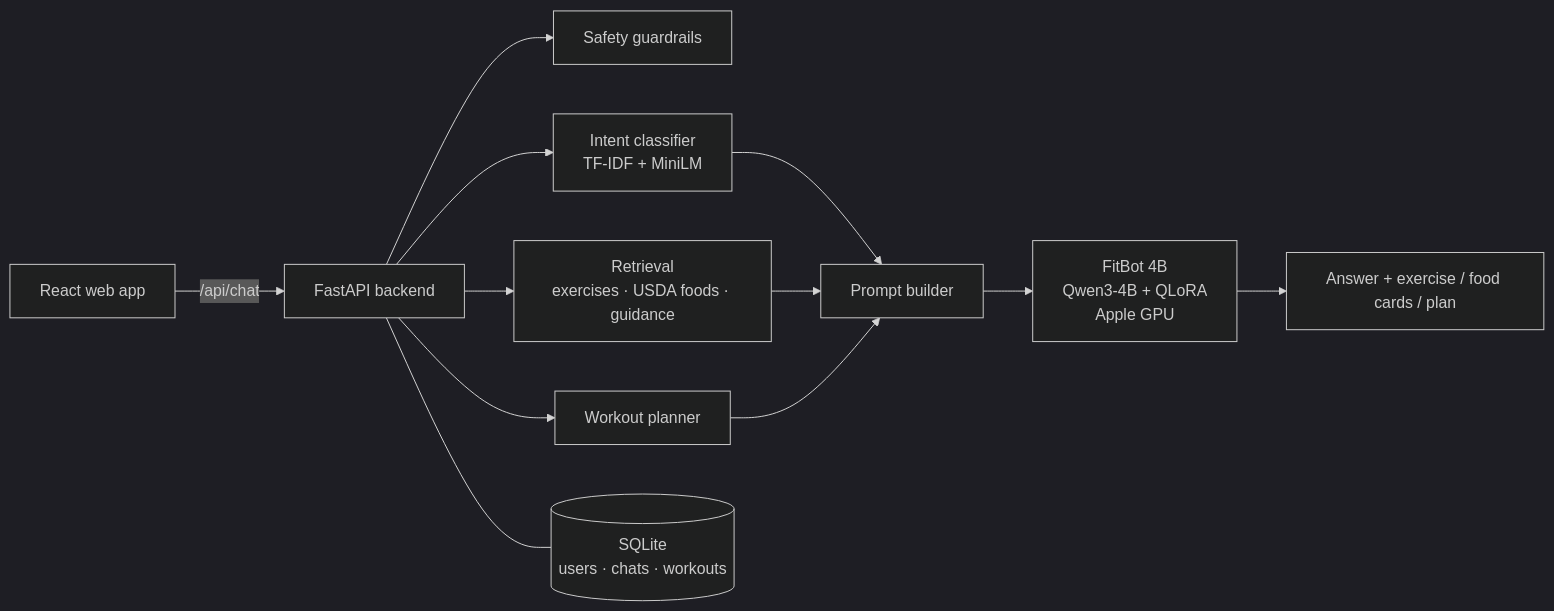
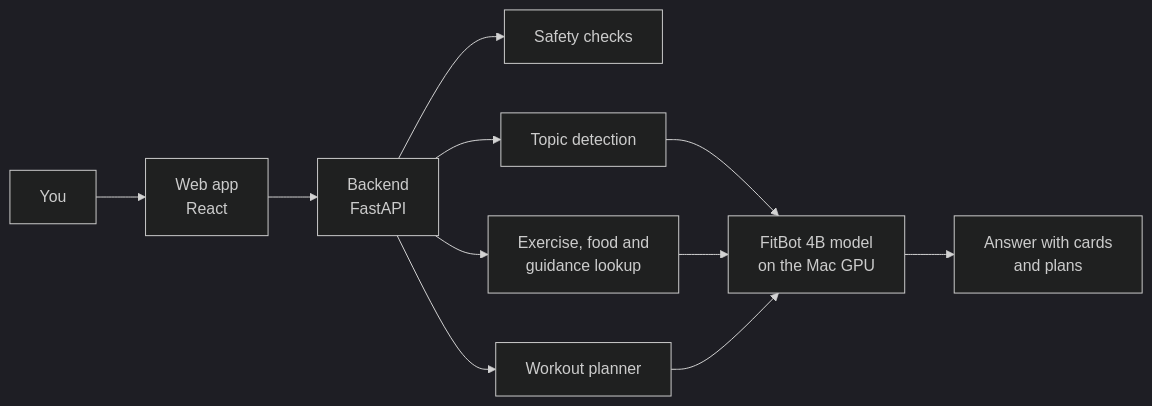
One commit to Vignan2659/FITBOT-SLM changed the diagram in README.md. Above: the diagram before and after it, drawn with Mermaid (dark theme). The commit also changed other lines of this file and 27 other files, not shown here.

````diff
--- a/README.md
+++ b/README.md
@@ -31,12 +63,11 @@
 ```mermaid
 flowchart LR
-    U[React web app] -->|/api/chat| B[FastAPI backend]
-    B --> S[Safety guardrails]
-    B --> I[Intent classifier<br/>TF-IDF + MiniLM]
-    B --> R[Retrieval<br/>exercises · USDA foods · guidance]
+    U[You] --> W[Web app<br/>React]
+    W --> B[Backend<br/>FastAPI]
+    B --> S[Safety checks]
+    B --> I[Topic detection]
+    B --> R[Exercise, food and<br/>guidance lookup]
     B --> P[Workout planner]
-    I & R & P --> M[Prompt builder]
-    M --> L[FitBot 4B<br/>Qwen3-4B + QLoRA<br/>Apple GPU]
-    L --> A[Answer + exercise / food cards / plan]
-    B --- D[(SQLite<br/>users · chats · workouts)]
+    I & R & P --> M[FitBot 4B model<br/>on the Mac GPU]
+    M --> A[Answer with cards<br/>and plans]
 ```
````
